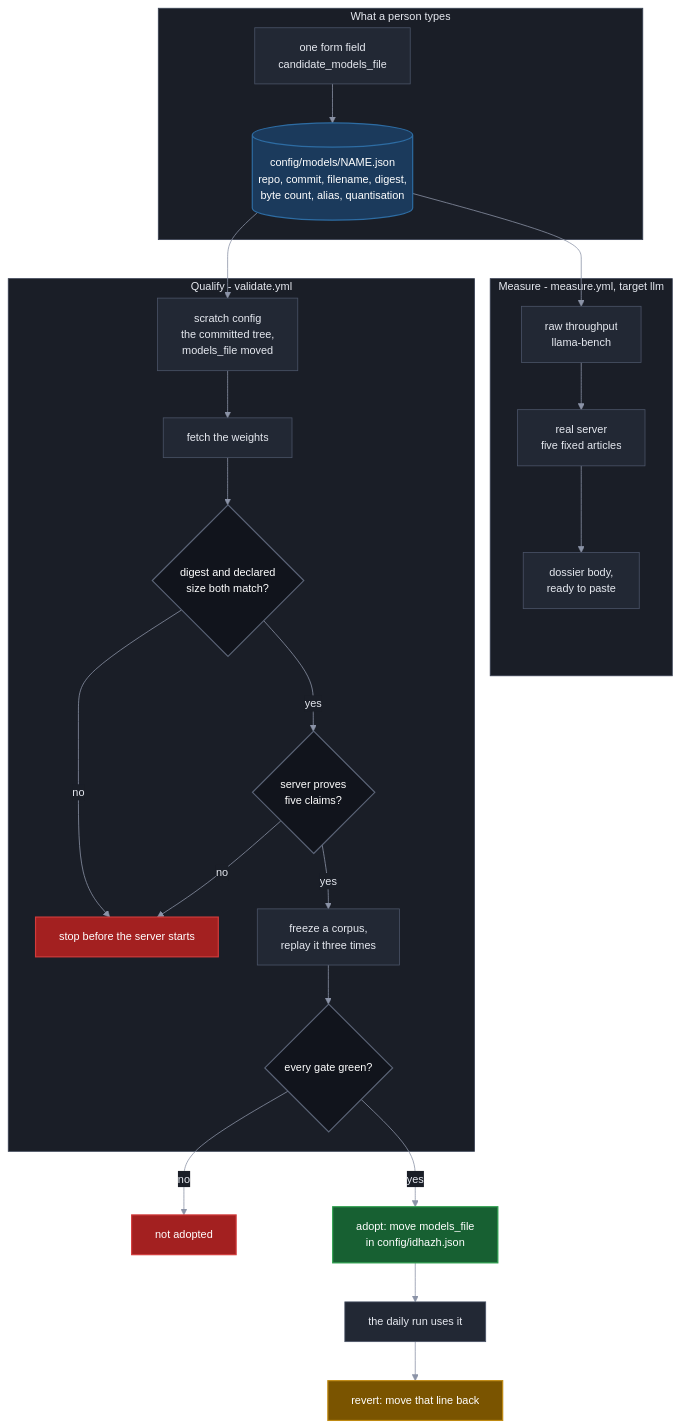
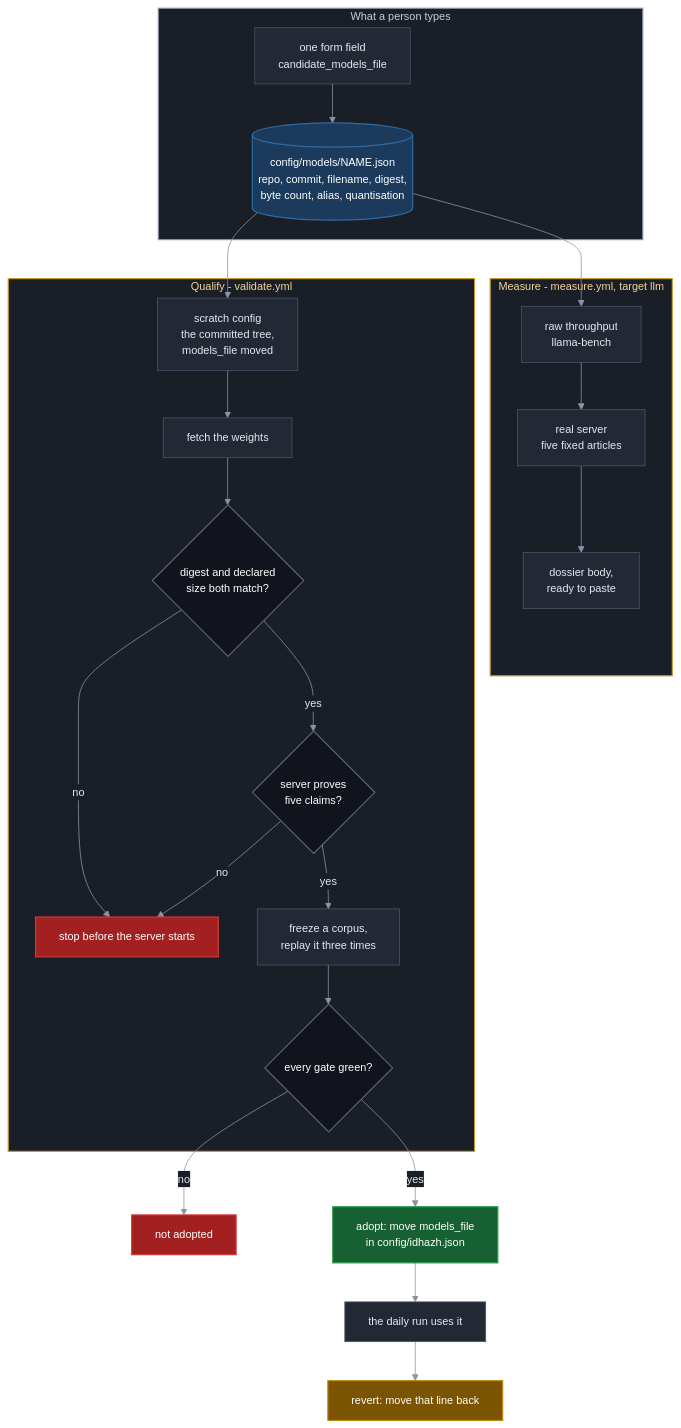
Before and after one commit to miztiik/yen-idhazh: the fourth of 4 diagrams in docs/reference/github-actions.md, drawn with Mermaid. The commit also changed other lines of this file and 1 other file, not shown here.

First line of the commit message:
A diagram says which part of the system each box belongs to

````diff
--- a/docs/reference/github-actions.md
+++ b/docs/reference/github-actions.md
@@ -469,43 +492,47 @@
 ```mermaid
 %%{init: {"theme": "base", "themeVariables": {"background": "#0f1117", "primaryColor": "#222834", "primaryTextColor": "#e6e9f0", "primaryBorderColor": "#4b5468", "lineColor": "#8b93a7", "textColor": "#e6e9f0", "clusterBkg": "#1a1e27", "clusterBorder": "#3a4254", "titleColor": "#e6e9f0", "edgeLabelBackground": "#1a1e27", "fontSize": "14px"}}}%%
 flowchart TB
  subgraph NAME["What a person types"]
   FORM["one form field<br/>candidate_models_file"] --> FILE[("config/models/NAME.json<br/>repo, commit, filename, digest,<br/>byte count, alias, quantisation")]
  end
 
  subgraph BENCH["Measure - measure.yml, target llm"]
   FILE --> RAW["raw throughput<br/>llama-bench"]
   RAW --> SERVER["real server<br/>five fixed articles"]
   SERVER --> DOSSIER["dossier body,<br/>ready to paste"]
  end
 
  subgraph QUAL["Qualify - validate.yml"]
   FILE --> SCRATCH["scratch config<br/>the committed tree,<br/>models_file moved"]
   SCRATCH --> FETCH["fetch the weights"]
   FETCH --> IDENT{"digest and declared<br/>size both match?"}
   IDENT -->|"no"| STOP["stop before the server starts"]
   IDENT -->|"yes"| PROVE{"server proves<br/>five claims?"}
   PROVE -->|"no"| STOP
   PROVE -->|"yes"| REPLAY["freeze a corpus,<br/>replay it three times"]
   REPLAY --> GATES{"every gate green?"}
  end
 
  GATES -->|"no"| REJECT["not adopted"]
  GATES -->|"yes"| ADOPT["adopt: move models_file<br/>in config/idhazh.json"]
  ADOPT --> DAILY["the daily run uses it"]
  DAILY --> REVERT["revert: move that line back"]
 
  classDef stage fill:#222834,stroke:#4b5468,stroke-width:1px,color:#e6e9f0;
  classDef decision fill:#11141c,stroke:#5b6477,stroke-width:1.5px,color:#ffffff;
  classDef yes fill:#176032,stroke:#2ea04f,stroke-width:1.5px,color:#ffffff;
  classDef no fill:#a32020,stroke:#d23b3b,stroke-width:1.5px,color:#ffffff;
  classDef warn fill:#7a5400,stroke:#c08a12,stroke-width:1.5px,color:#ffffff;
  classDef store fill:#1b3a5c,stroke:#2d6ca3,stroke-width:1.5px,color:#ffffff;
+ classDef sysEval fill:#1a1e27,stroke:#c79a2e,stroke-width:1.5px,color:#f0d79a;
+ classDef sysOps fill:#1a1e27,stroke:#8b93a7,stroke-width:1.5px,color:#c8cdd8;
 
  class FORM,RAW,SERVER,DOSSIER,SCRATCH,FETCH,REPLAY,DAILY stage;
  class IDENT,PROVE,GATES decision;
  class FILE store;
  class ADOPT yes;
  class STOP,REJECT no;
  class REVERT warn;
+ class NAME sysOps;
+ class BENCH,QUAL sysEval;
 ```
````
